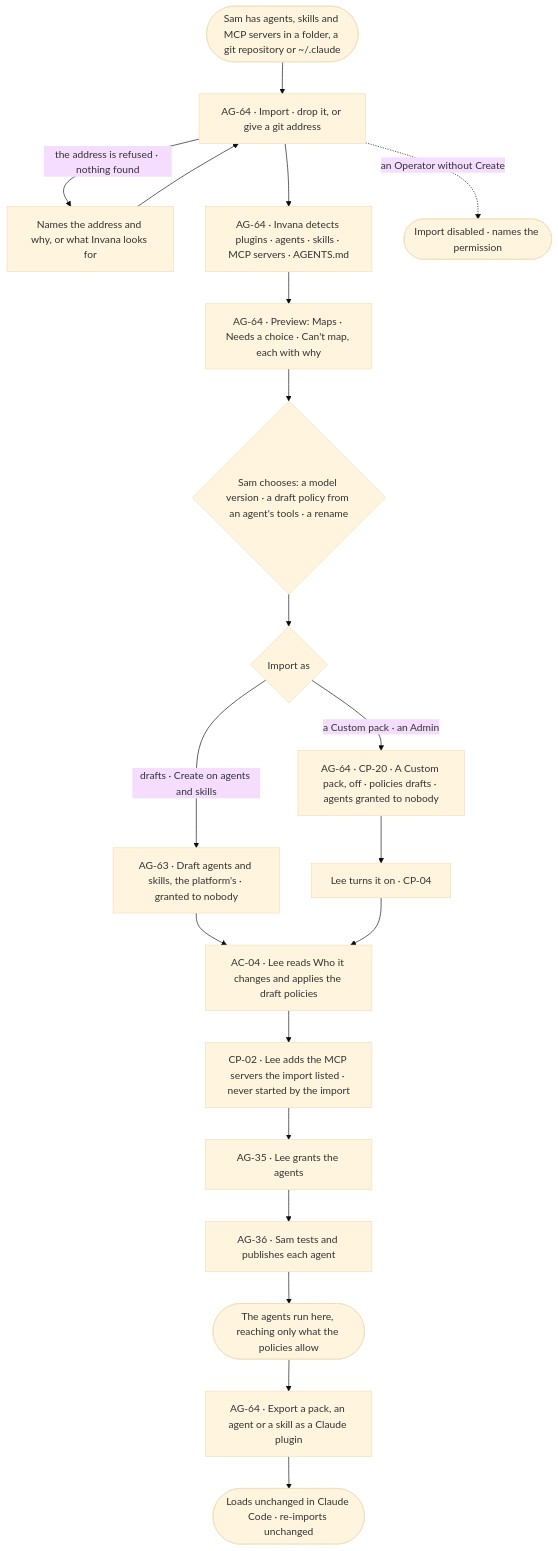
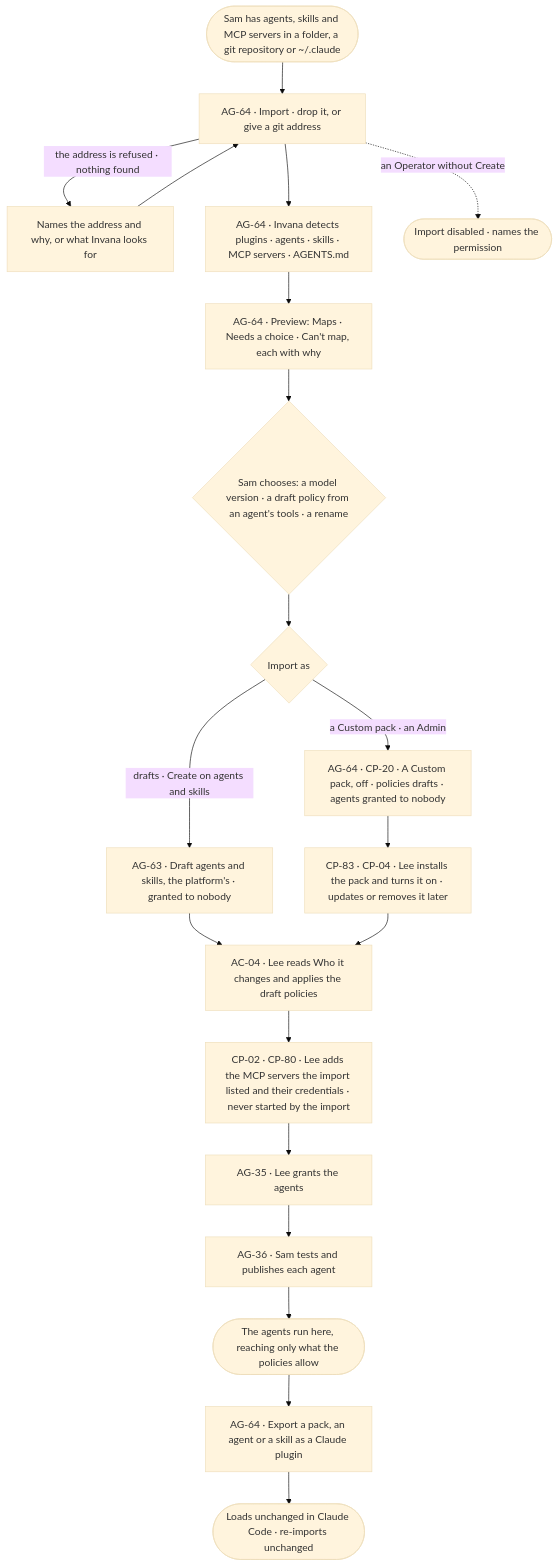
The diagram in specs/journeys/J14-bring-my-agents-over.md (invana/invana), drawn with Mermaid (base theme) before and after one commit. The commit also changed other lines of this file and 25 other files, not shown here.

````diff
--- a/specs/journeys/J14-bring-my-agents-over.md
+++ b/specs/journeys/J14-bring-my-agents-over.md
@@ -15,21 +15,21 @@
 ```mermaid
 flowchart TD
   A([Sam has agents, skills and MCP servers in a folder, a git repository or ~/.claude]) --> B["AG-64 · Import · drop it, or give a git address"]
   B -->|the address is refused · nothing found| B1["Names the address and why, or what Invana looks for"] --> B
   B --> C["AG-64 · Invana detects plugins · agents · skills · MCP servers · AGENTS.md"]
   C --> D["AG-64 · Preview: Maps · Needs a choice · Can't map, each with why"]
   D --> E{"Sam chooses: a model version · a draft policy from an agent's tools · a rename"}
   E --> F{"Import as"}
   F -->|drafts · Create on agents and skills| G["AG-63 · Draft agents and skills, the platform's · granted to nobody"]
   F -->|a Custom pack · an Admin| H["AG-64 · CP-20 · A Custom pack, off · policies drafts · agents granted to nobody"]
-  H --> I["Lee turns it on · CP-04"]
+  H --> I["CP-83 · CP-04 · Lee installs the pack and turns it on · updates or removes it later"]
   G --> J
   I --> J["AC-04 · Lee reads Who it changes and applies the draft policies"]
-  J --> K["CP-02 · Lee adds the MCP servers the import listed · never started by the import"]
+  J --> K["CP-02 · CP-80 · Lee adds the MCP servers the import listed and their credentials · never started by the import"]
   K --> L["AG-35 · Lee grants the agents"]
   L --> M["AG-36 · Sam tests and publishes each agent"]
   M --> N(["The agents run here, reaching only what the policies allow"])
   N --> O["AG-64 · Export a pack, an agent or a skill as a Claude plugin"]
   O --> P(["Loads unchanged in Claude Code · re-imports unchanged"])
   B -.->|an Operator without Create| Q(["Import disabled · names the permission"])
 ```
````
